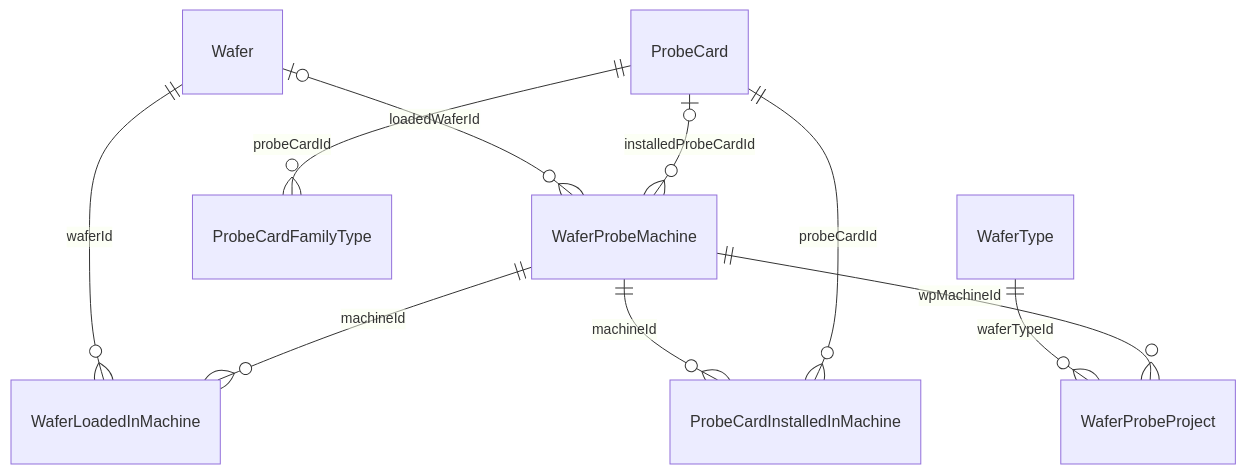
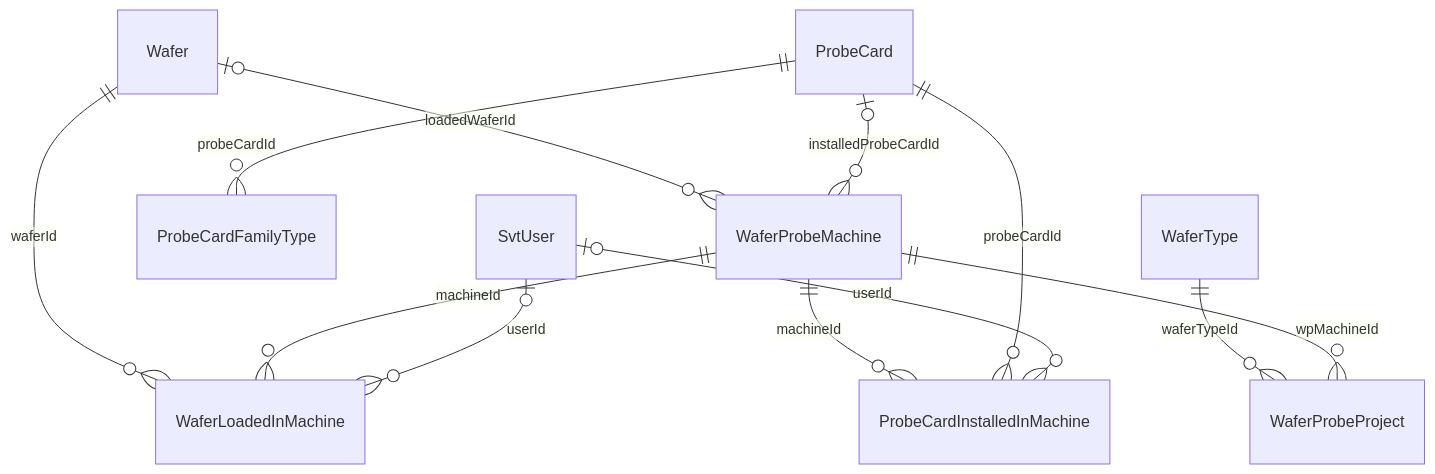
The second of 3 diagrams in DbAgentNext/docs/database-schema.md (SVT-WP2/SVTSW), drawn with Mermaid before and after one commit. The commit also changed other lines of this file and 10 other files, not shown here.

````diff
--- a/DbAgentNext/docs/database-schema.md
+++ b/DbAgentNext/docs/database-schema.md
@@ -87,12 +90,14 @@
 ```mermaid
 erDiagram
     Wafer |o--o{ WaferProbeMachine : "loadedWaferId"
     ProbeCard |o--o{ WaferProbeMachine : "installedProbeCardId"
     Wafer ||--o{ WaferLoadedInMachine : "waferId"
     WaferProbeMachine ||--o{ WaferLoadedInMachine : "machineId"
     ProbeCard ||--o{ ProbeCardFamilyType : "probeCardId"
     WaferProbeMachine ||--o{ ProbeCardInstalledInMachine : "machineId"
     ProbeCard ||--o{ ProbeCardInstalledInMachine : "probeCardId"
+    SvtUser |o--o{ WaferLoadedInMachine : "userId"
+    SvtUser |o--o{ ProbeCardInstalledInMachine : "userId"
     WaferType ||--o{ WaferProbeProject : "waferTypeId"
     WaferProbeMachine ||--o{ WaferProbeProject : "wpMachineId"
 ```
````
